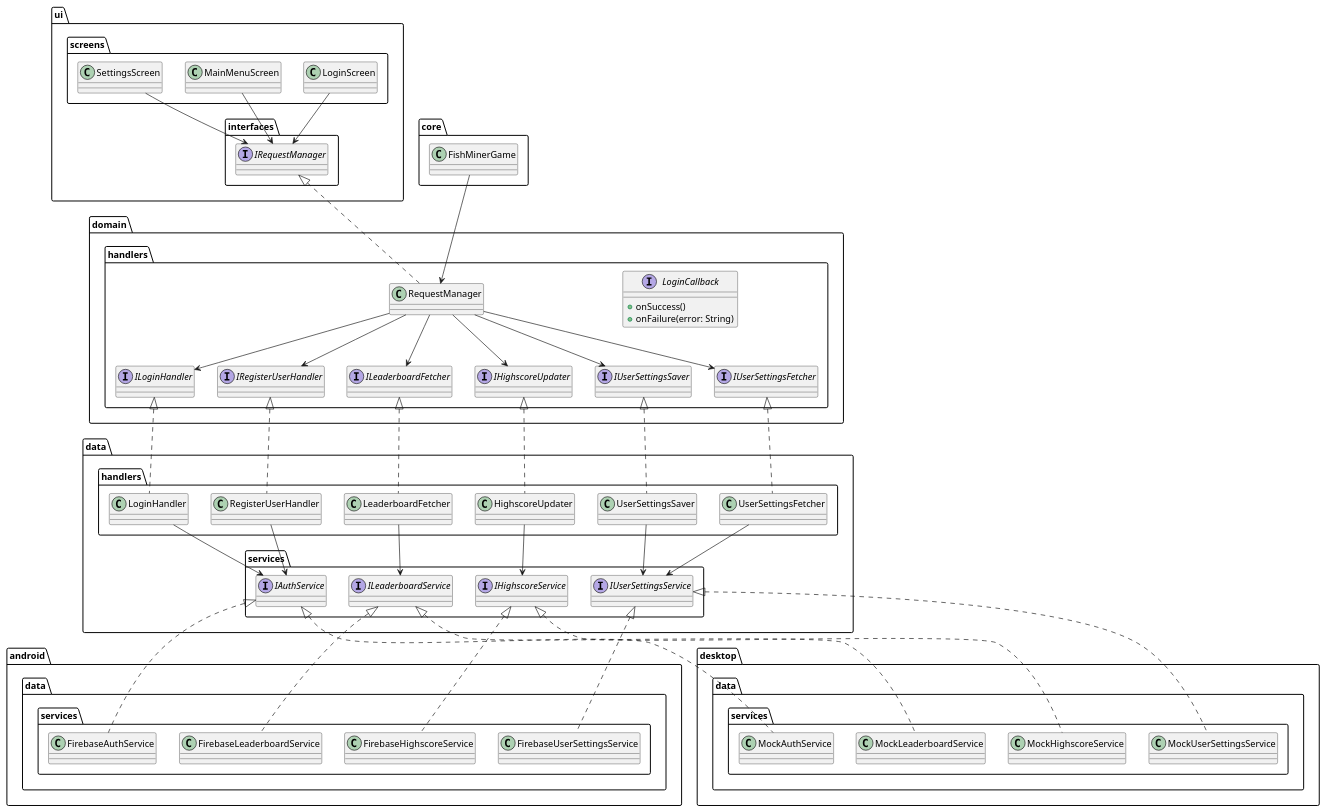
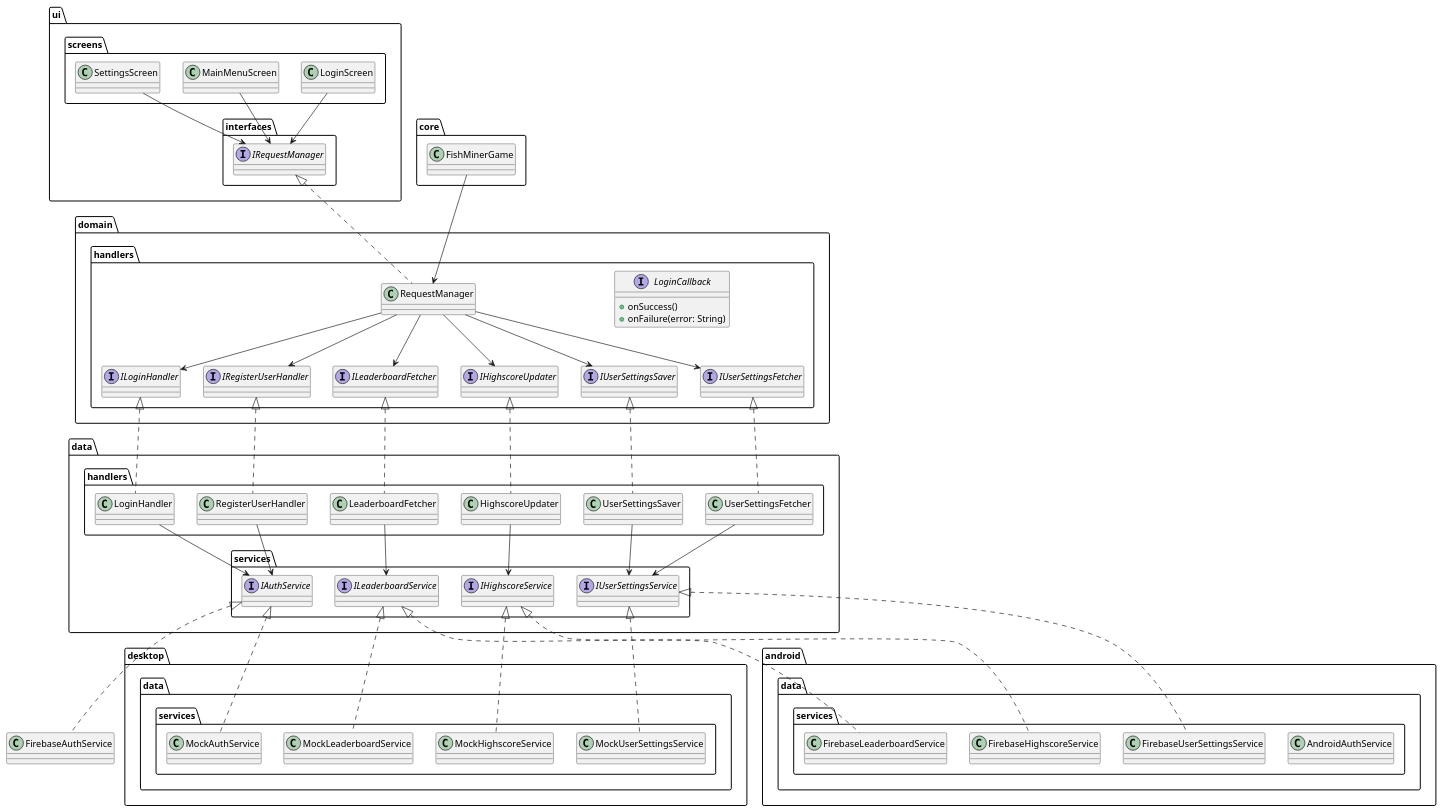
Before and after one commit to emillub/FishMiner: the diagram in architectureDiagrams/puml/class/DataRequestClassDiagram.puml, drawn with PlantUML. The commit also changed 54 other files, not shown here.

First line of the commit message:
refactor/feat: massive architecture cleanup and create RequestManager

```diff
--- a/architectureDiagrams/puml/class/DataRequestClassDiagram.puml
+++ b/architectureDiagrams/puml/class/DataRequestClassDiagram.puml
@@ -1,117 +1,117 @@
 @startuml FullClassDiagramWithRequestManager
 
 ' UI Layer
 package "ui.screens" {
     class LoginScreen
     class MainMenuScreen
     class SettingsScreen
 }
 
 package "ui.interfaces" {
     interface IRequestManager
 }
 
 ' Domain Layer
 package "domain.handlers" {
     interface ILoginHandler
     interface IRegisterUserHandler
     interface ILeaderboardFetcher
     interface IHighscoreUpdater
     interface IUserSettingsSaver
     interface IUserSettingsFetcher
 
     interface LoginCallback {
         +onSuccess()
         +onFailure(error: String)
     }
 
     class RequestManager
 }
 
 ' Data Layer
 package "data.handlers" {
     class LoginHandler
     class RegisterUserHandler
     class LeaderboardFetcher
     class HighscoreUpdater
     class UserSettingsSaver
     class UserSettingsFetcher
 }
 
 ' Data Source Layer (Interfaces)
 package "data.services" {
     interface IAuthService
     interface ILeaderboardService
     interface IHighscoreService
     interface IUserSettingsService
 }
 
 ' Android Platform-Specific Services
 package "android.data.services" {
-    class FirebaseAuthService
+    class AndroidAuthService
     class FirebaseLeaderboardService
     class FirebaseHighscoreService
     class FirebaseUserSettingsService
 }
 
 ' Desktop Platform-Specific Services
 package "desktop.data.services" {
     class MockAuthService
     class MockLeaderboardService
     class MockHighscoreService
     class MockUserSettingsService
 }
 
 ' Game Entry Point
 package "core" {
     class FishMinerGame
 }
 
 ' UI -> Domain (via IRequestManager)
 LoginScreen --> IRequestManager
 MainMenuScreen --> IRequestManager
 SettingsScreen --> IRequestManager
 
 ' IRequestManager implemented by RequestManager
 IRequestManager <|.. RequestManager
 
 ' RequestManager uses all domain handlers
 RequestManager --> ILoginHandler
 RequestManager --> IRegisterUserHandler
 RequestManager --> ILeaderboardFetcher
 RequestManager --> IHighscoreUpdater
 RequestManager --> IUserSettingsSaver
 RequestManager --> IUserSettingsFetcher
 
 ' Domain to Data
 ILoginHandler <|.. LoginHandler
 IRegisterUserHandler <|.. RegisterUserHandler
 ILeaderboardFetcher <|.. LeaderboardFetcher
 IHighscoreUpdater <|.. HighscoreUpdater
 IUserSettingsSaver <|.. UserSettingsSaver
 IUserSettingsFetcher <|.. UserSettingsFetcher
 
 ' Data to Service Interfaces
 LoginHandler --> IAuthService
 RegisterUserHandler --> IAuthService
 LeaderboardFetcher --> ILeaderboardService
 HighscoreUpdater --> IHighscoreService
 UserSettingsSaver --> IUserSettingsService
 UserSettingsFetcher --> IUserSettingsService
 
 ' Service Interfaces to Android Implementations
 IAuthService <|.. FirebaseAuthService
 ILeaderboardService <|.. FirebaseLeaderboardService
 IHighscoreService <|.. FirebaseHighscoreService
 IUserSettingsService <|.. FirebaseUserSettingsService
 
 ' Service Interfaces to Desktop Implementations
 IAuthService <|.. MockAuthService
 ILeaderboardService <|.. MockLeaderboardService
 IHighscoreService <|.. MockHighscoreService
 IUserSettingsService <|.. MockUserSettingsService
 
 ' Game entry uses RequestManager (only)
 FishMinerGame --> RequestManager
 
 @enduml
```
